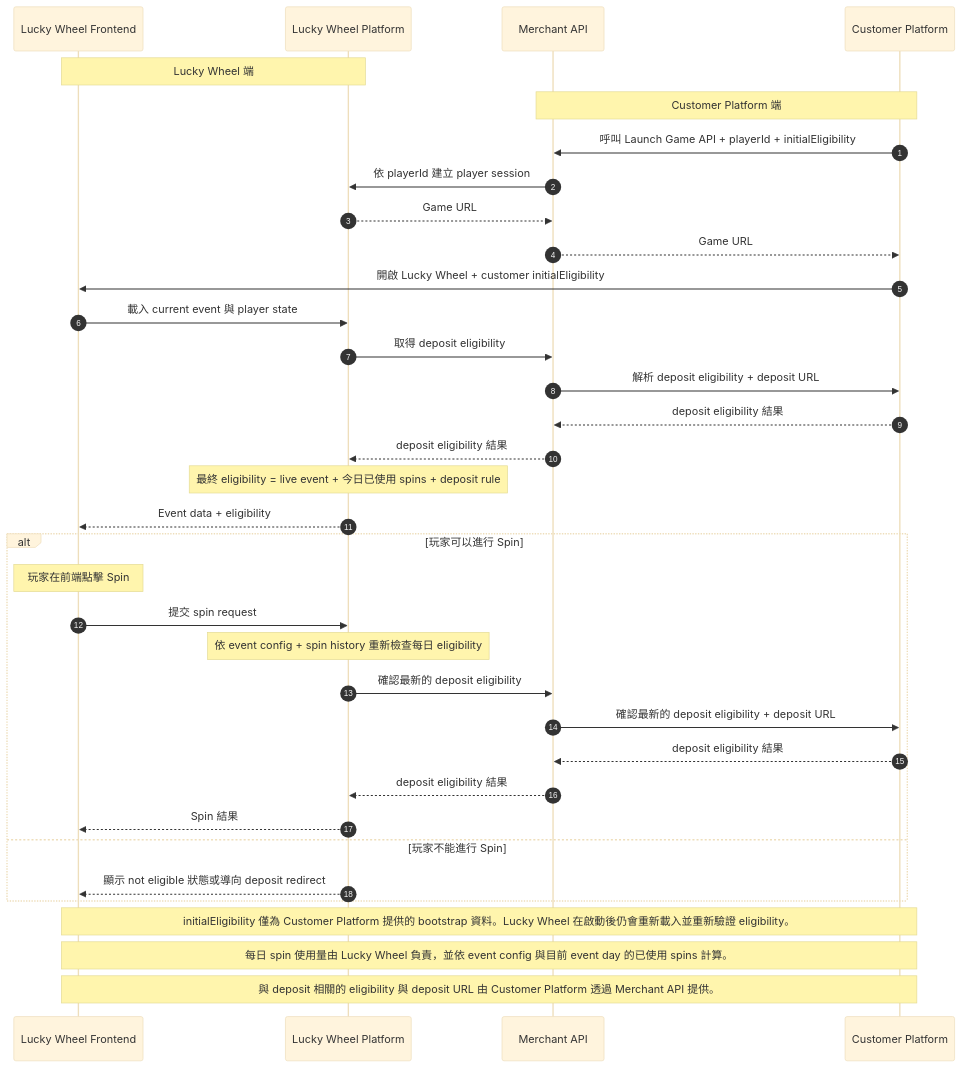
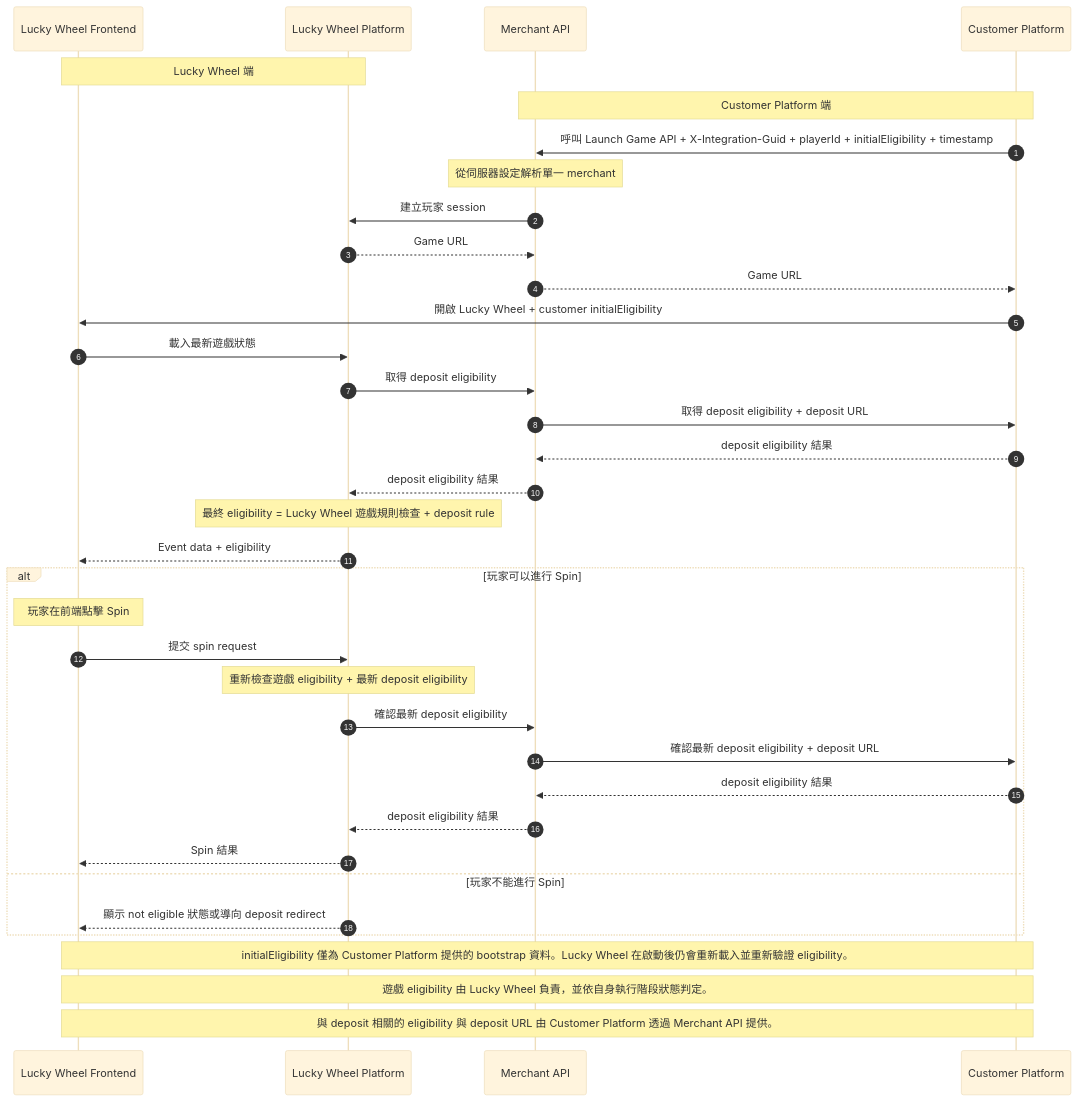
One commit to ElricStormking/LuckyWheelLeaderboard changed the diagram in LuckyWheel_Dataflow_Diagram_Public_zh-TW.md. Above: the diagram before and after it, drawn with Mermaid (base theme). The commit also changed other lines of this file and 32 other files, not shown here.

Commit message:
Finalize lucky wheel integration, docs, and UI updates

````diff
--- a/LuckyWheel_Dataflow_Diagram_Public_zh-TW.md
+++ b/LuckyWheel_Dataflow_Diagram_Public_zh-TW.md
@@ -12,42 +12,43 @@
 ```mermaid
 sequenceDiagram
     autonumber
     participant LWF as Lucky Wheel Frontend
     participant LWP as Lucky Wheel Platform
     participant MAP as Merchant API
     participant CP as Customer Platform
 
     Note over LWF,LWP: Lucky Wheel 端
     Note over MAP,CP: Customer Platform 端
 
-    CP->>MAP: 呼叫 Launch Game API + playerId + initialEligibility
-    MAP->>LWP: 依 playerId 建立 player session
+    CP->>MAP: 呼叫 Launch Game API + X-Integration-Guid + playerId + initialEligibility + timestamp
+    Note over MAP: 從伺服器設定解析單一 merchant
+    MAP->>LWP: 建立玩家 session
     LWP-->>MAP: Game URL
     MAP-->>CP: Game URL
     CP->>LWF: 開啟 Lucky Wheel + customer initialEligibility
 
-    LWF->>LWP: 載入 current event 與 player state
+    LWF->>LWP: 載入最新遊戲狀態
     LWP->>MAP: 取得 deposit eligibility
-    MAP->>CP: 解析 deposit eligibility + deposit URL
+    MAP->>CP: 取得 deposit eligibility + deposit URL
     CP-->>MAP: deposit eligibility 結果
     MAP-->>LWP: deposit eligibility 結果
-    Note over LWP: 最終 eligibility = live event + 今日已使用 spins + deposit rule
+    Note over LWP: 最終 eligibility = Lucky Wheel 遊戲規則檢查 + deposit rule
     LWP-->>LWF: Event data + eligibility
 
     alt 玩家可以進行 Spin
         Note over LWF: 玩家在前端點擊 Spin
         LWF->>LWP: 提交 spin request
-        Note over LWP: 依 event config + spin history 重新檢查每日 eligibility
-        LWP->>MAP: 確認最新的 deposit eligibility
-        MAP->>CP: 確認最新的 deposit eligibility + deposit URL
+        Note over LWP: 重新檢查遊戲 eligibility + 最新 deposit eligibility
+        LWP->>MAP: 確認最新 deposit eligibility
+        MAP->>CP: 確認最新 deposit eligibility + deposit URL
         CP-->>MAP: deposit eligibility 結果
         MAP-->>LWP: deposit eligibility 結果
         LWP-->>LWF: Spin 結果
     else 玩家不能進行 Spin
         LWP-->>LWF: 顯示 not eligible 狀態或導向 deposit redirect
     end
 
     Note over LWF,CP: initialEligibility 僅為 Customer Platform 提供的 bootstrap 資料。Lucky Wheel 在啟動後仍會重新載入並重新驗證 eligibility。
-    Note over LWF,CP: 每日 spin 使用量由 Lucky Wheel 負責，並依 event config 與目前 event day 的已使用 spins 計算。
+    Note over LWF,CP: 遊戲 eligibility 由 Lucky Wheel 負責，並依自身執行階段狀態判定。
     Note over LWF,CP: 與 deposit 相關的 eligibility 與 deposit URL 由 Customer Platform 透過 Merchant API 提供。
 ```
````
